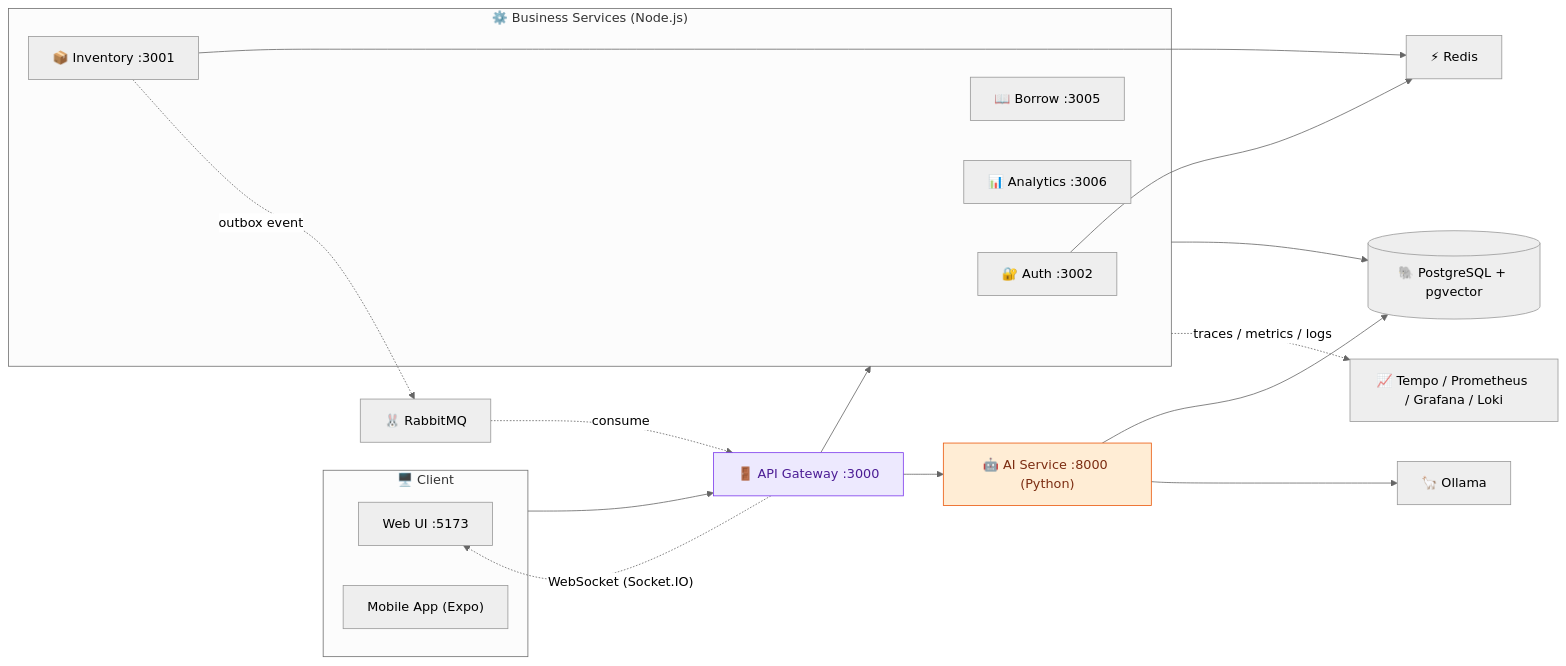
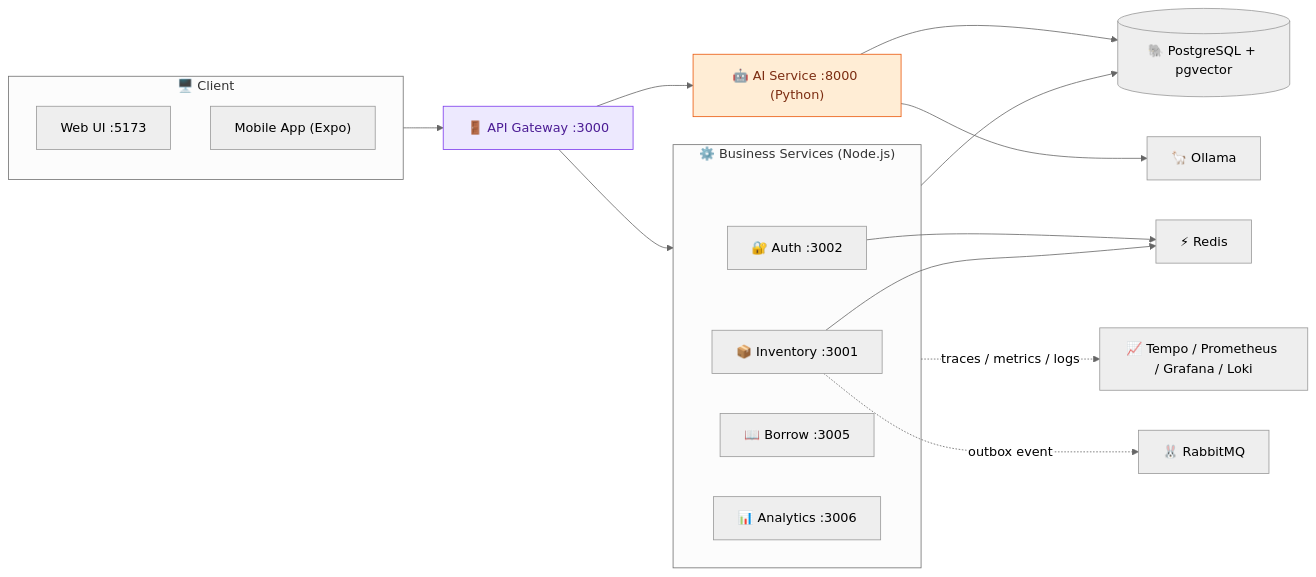
The first of 2 diagrams in README.md (vinhhung04/smartbook-system), drawn with Mermaid (neutral theme) before and after one commit. The commit also changed other lines of this file, not shown here.

Commit message:
fix(docs): bo vong lap trong so do kien truc gay loi layout
GW -> Core -> (Inventory) -.-> RabbitMQ -.-> GW va Client -> GW -.-> UI
la 2 chu trinh khien dagre (engine layout cua Mermaid) phai sap xep
lai node mot cach roi mat de pha vong lap, dung nhu screenshot tren
GitHub cho thay. Bo 2 canh nguoc chieu nay khoi hinh, giu lai trong
phan chu (da co san o muc Real-time).

````diff
--- a/README.md
+++ b/README.md
@@ -163,44 +163,42 @@
 ```mermaid
 flowchart LR
     subgraph Client["🖥️ Client"]
         UI["Web UI :5173"]
         MOB["Mobile App (Expo)"]
     end
 
     GW["🚪 API Gateway :3000"]
 
     subgraph Core["⚙️ Business Services (Node.js)"]
         AUTH["🔐 Auth :3002"]
         INV["📦 Inventory :3001"]
         BORROW["📖 Borrow :3005"]
         ANA["📊 Analytics :3006"]
     end
 
     AI["🤖 AI Service :8000 (Python)"]
 
     PG[("🐘 PostgreSQL + pgvector")]
     REDIS["⚡ Redis"]
     MQ["🐰 RabbitMQ"]
     OLLAMA["🦙 Ollama"]
     OBS["📈 Tempo / Prometheus / Grafana / Loki"]
 
     Client --> GW
     GW --> Core
     GW --> AI
 
     Core --> PG
     AI --> PG
     AUTH --> REDIS
     INV --> REDIS
     AI --> OLLAMA
 
-    INV -. "outbox event" .-> MQ -. consume .-> GW
+    INV -. "outbox event" .-> MQ
     Core -. "traces / metrics / logs" .-> OBS
-
-    GW -. "WebSocket (Socket.IO)" .-> UI
 
     classDef gateway fill:#ede9fe,stroke:#7c3aed,color:#4c1d95;
     classDef aiservice fill:#ffedd5,stroke:#ea580c,color:#7c2d12;
     class GW gateway;
     class AI aiservice;
 ```
````
